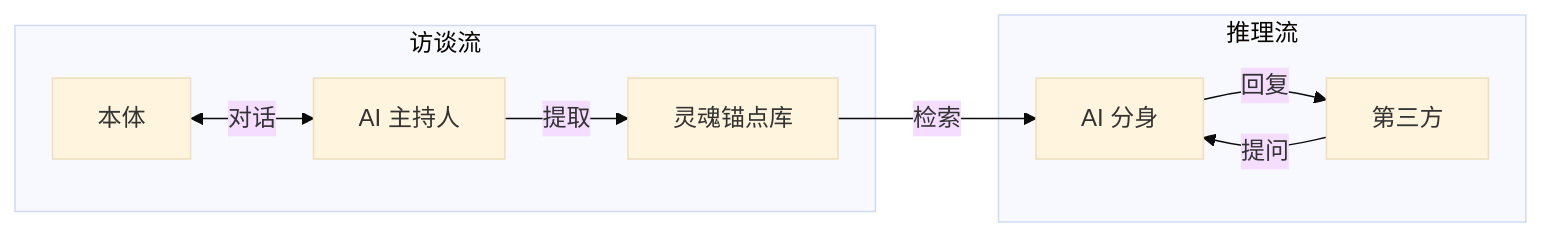
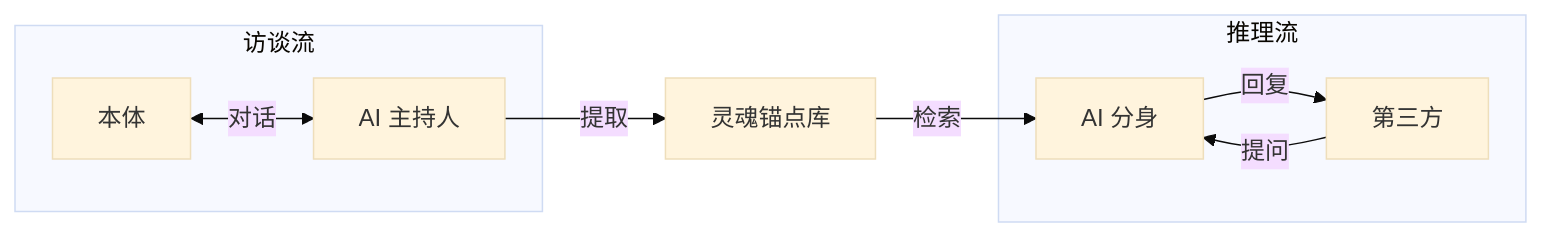
Before and after one commit to zccz14/ReMi: the first of 3 diagrams in README.md, drawn with Mermaid (base theme). The commit also changed 28 other files, not shown here.

````diff
--- a/README.md
+++ b/README.md
@@ -30,12 +30,14 @@
 ```mermaid
 graph LR
     subgraph 访谈流
         A[本体] <-->|对话| B[AI 主持人]
-        B -->|提取| C[灵魂锚点库]
     end
+
+    B -->|提取| C[灵魂锚点库]
+    C -->|检索| E
+
     subgraph 推理流
         D[第三方] -->|提问| E[AI 分身]
-        C -->|检索| E
         E -->|回复| D
     end
 ```
````
